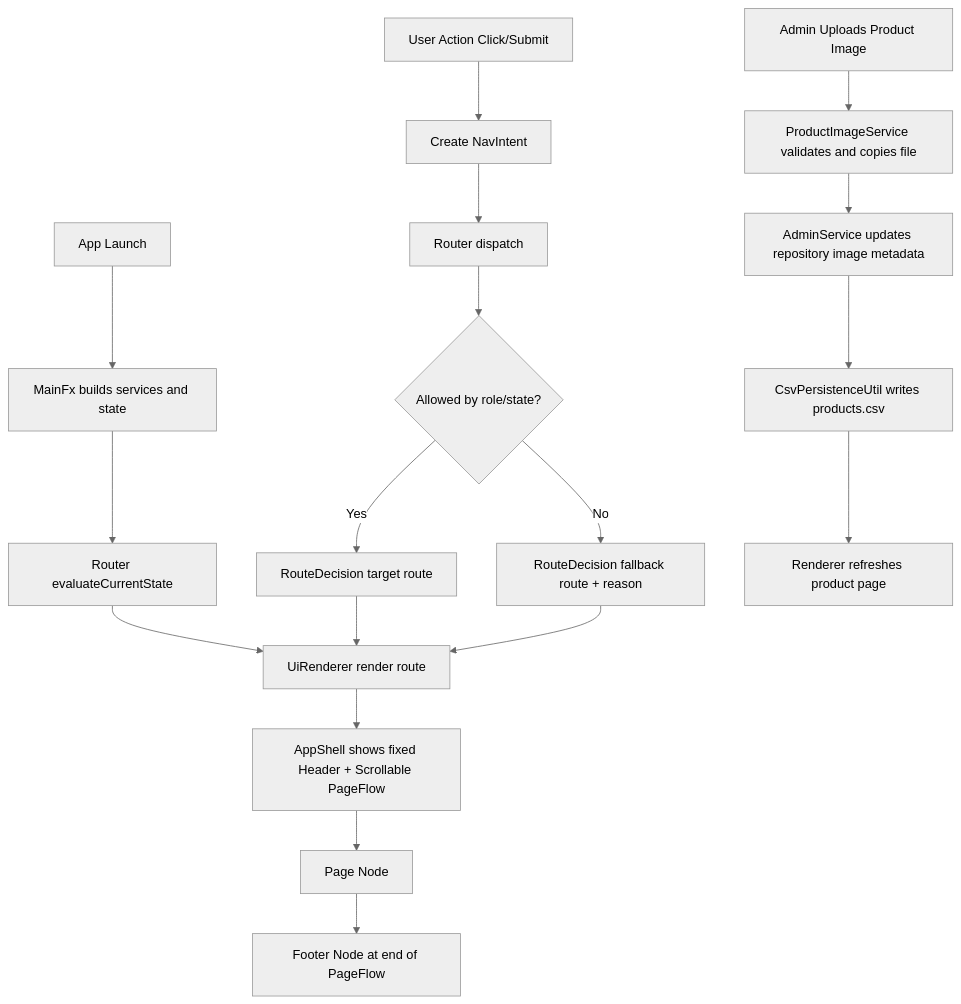
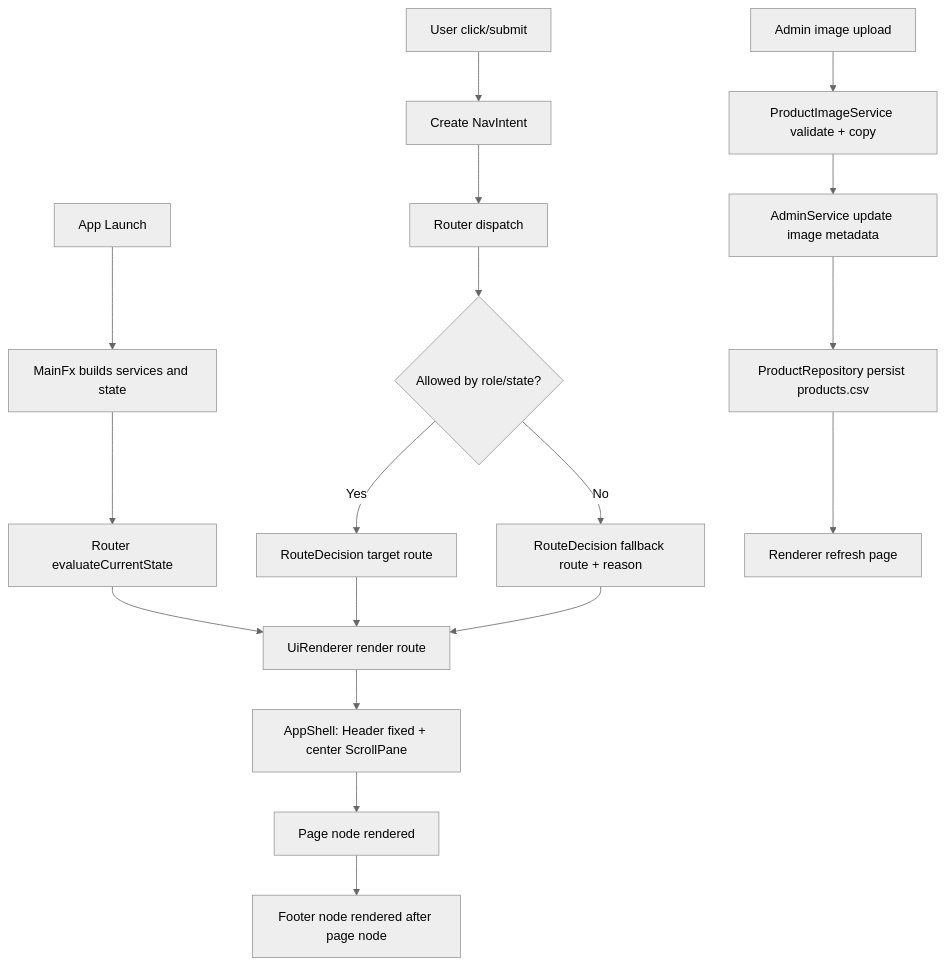
One commit to keesouwoudba/electronics-shop-java changed the diagram in STEP5_JAVAFX_SPA_ROUTER_AND_IMAGE_REFACTOR_SPEC.md. Above: the diagram before and after it, drawn with Mermaid (neutral theme). The commit also changed other lines of this file and 11 other files, not shown here.

````diff
--- a/STEP5_JAVAFX_SPA_ROUTER_AND_IMAGE_REFACTOR_SPEC.md
+++ b/STEP5_JAVAFX_SPA_ROUTER_AND_IMAGE_REFACTOR_SPEC.md
@@ -679,22 +678,22 @@
 ```mermaid
 flowchart TD
     A[App Launch] --> B[MainFx builds services and state]
     B --> C[Router evaluateCurrentState]
     C --> D[UiRenderer render route]
-    D --> E[AppShell shows fixed Header + Scrollable PageFlow]
-    E --> F[Page Node]
-    F --> G[Footer Node at end of PageFlow]
+    D --> E[AppShell: Header fixed + center ScrollPane]
+    E --> F[Page node rendered]
+    F --> G[Footer node rendered after page node]
 
-    H[User Action Click/Submit] --> I[Create NavIntent]
+    H[User click/submit] --> I[Create NavIntent]
     I --> J[Router dispatch]
     J --> K{Allowed by role/state?}
     K -->|Yes| L[RouteDecision target route]
     K -->|No| M[RouteDecision fallback route + reason]
     L --> D
     M --> D
 
-    N[Admin Uploads Product Image] --> O[ProductImageService validates and copies file]
-    O --> P[AdminService updates repository image metadata]
-    P --> Q[CsvPersistenceUtil writes products.csv]
-    Q --> R[Renderer refreshes product page]
+    N[Admin image upload] --> O[ProductImageService validate + copy]
+    O --> P[AdminService update image metadata]
+    P --> Q[ProductRepository persist products.csv]
+    Q --> R[Renderer refresh page]
 ```
````
